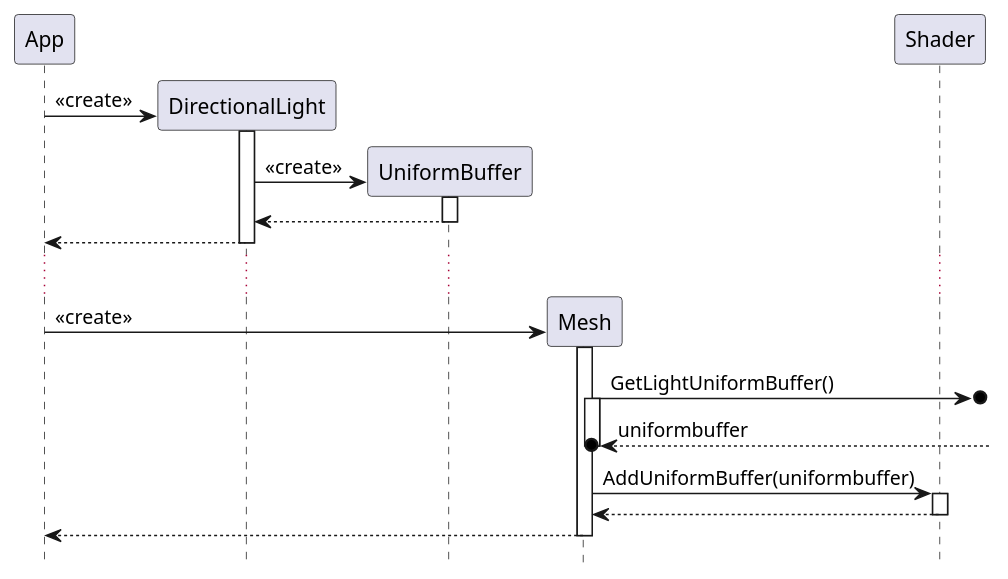
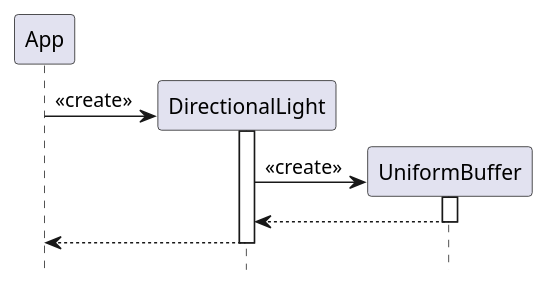
The diagram in docs/renderer/src/light_creation.puml (wolfel1/Raytracy), drawn with PlantUML before and after one commit. The commit also changed 3 other files, not shown here.

```diff
--- a/docs/renderer/src/light_creation.puml
+++ b/docs/renderer/src/light_creation.puml
@@ -1,22 +1,13 @@
 @startuml light_creation
 autoactivate on
 hide footbox
 participant App
 
 create DirectionalLight
 App -> DirectionalLight : <<create>>
 create UniformBuffer
 DirectionalLight -> UniformBuffer : <<create>>
 return
 return
 
-create Mesh
-...
-App -> Mesh : <<create>>
-Mesh ->o] : GetLightUniformBuffer()
-return uniformbuffer
-Mesh -> Shader : AddUniformBuffer(uniformbuffer)
-return
-return
-
 @enduml
```
